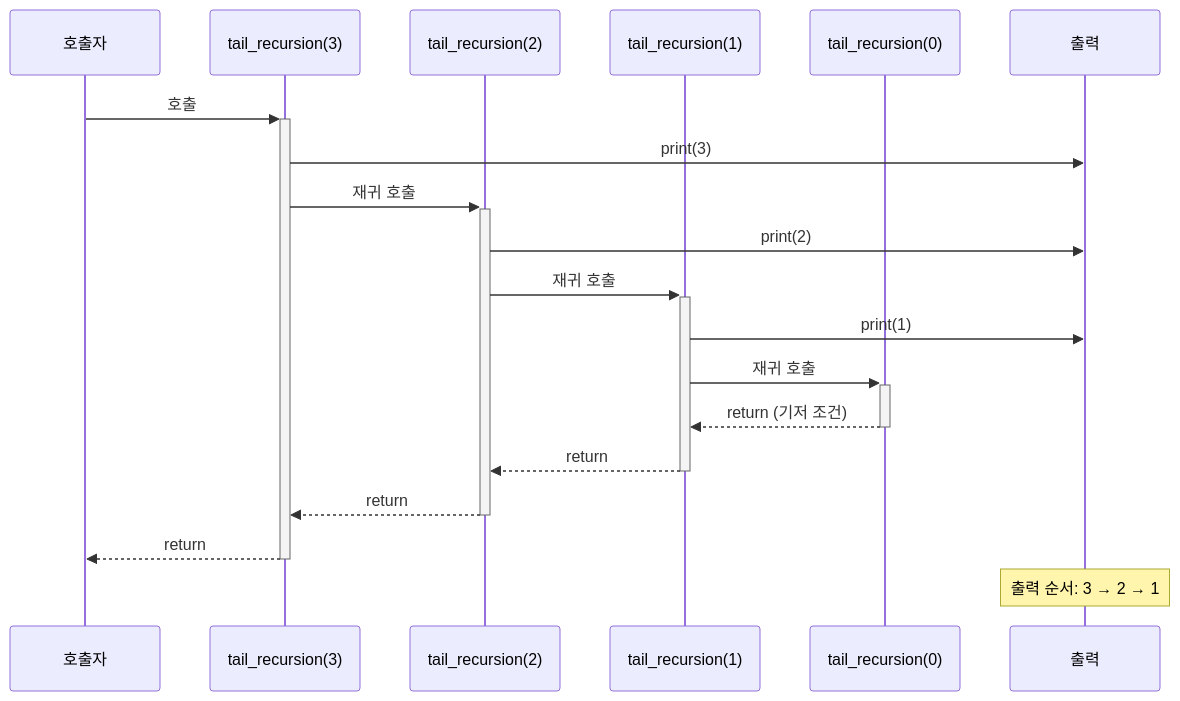
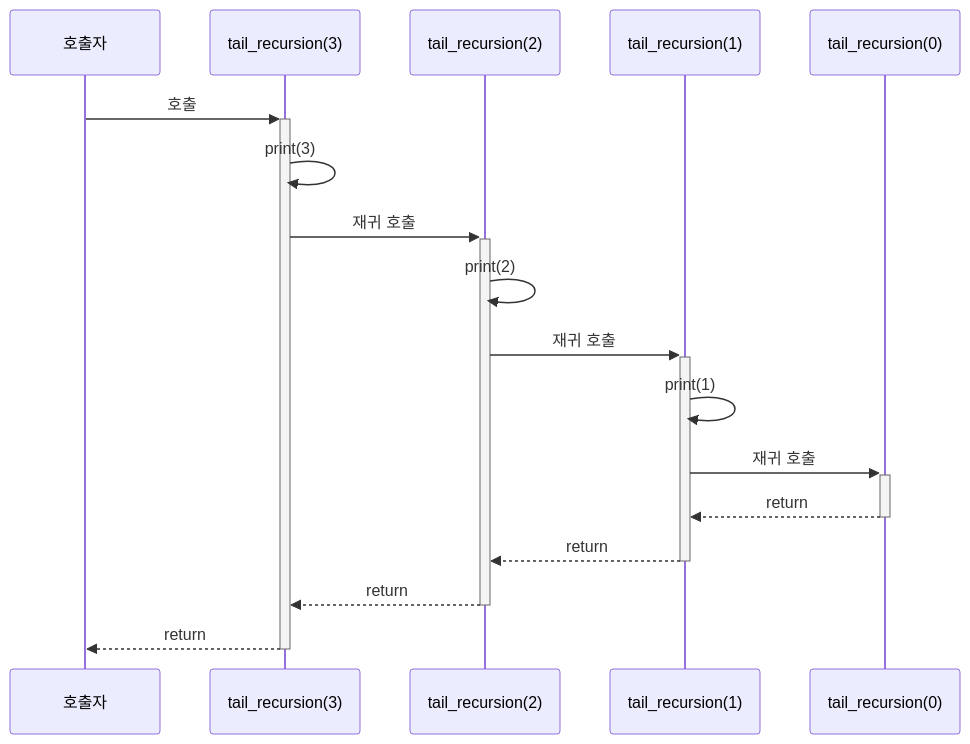
One commit to gatesplan/python-lecture changed the second of 2 diagrams in auxiliaries/재귀함수 실행순서 가이드.md. Above: the diagram before and after it, drawn with Mermaid. The commit also changed other lines of this file, not shown here.

````diff
--- a/auxiliaries/재귀함수 실행순서 가이드.md
+++ b/auxiliaries/재귀함수 실행순서 가이드.md
@@ -74,23 +71,20 @@
 ```mermaid
 sequenceDiagram
     participant Main as 호출자
     participant T3 as tail_recursion(3)
     participant T2 as tail_recursion(2)
     participant T1 as tail_recursion(1)
     participant T0 as tail_recursion(0)
-    participant Output as 출력
     
     Main->>+T3: 호출
-    T3->>Output: print(3)
+    T3->>T3: print(3)
     T3->>+T2: 재귀 호출
-    T2->>Output: print(2)
+    T2->>T2: print(2)
     T2->>+T1: 재귀 호출
-    T1->>Output: print(1)
+    T1->>T1: print(1)
     T1->>+T0: 재귀 호출
-    T0-->>-T1: return (기저 조건)
+    T0-->>-T1: return
     T1-->>-T2: return
     T2-->>-T3: return
     T3-->>-Main: return
-    
-    Note over Output: 출력 순서: 3 → 2 → 1
 ```
````
